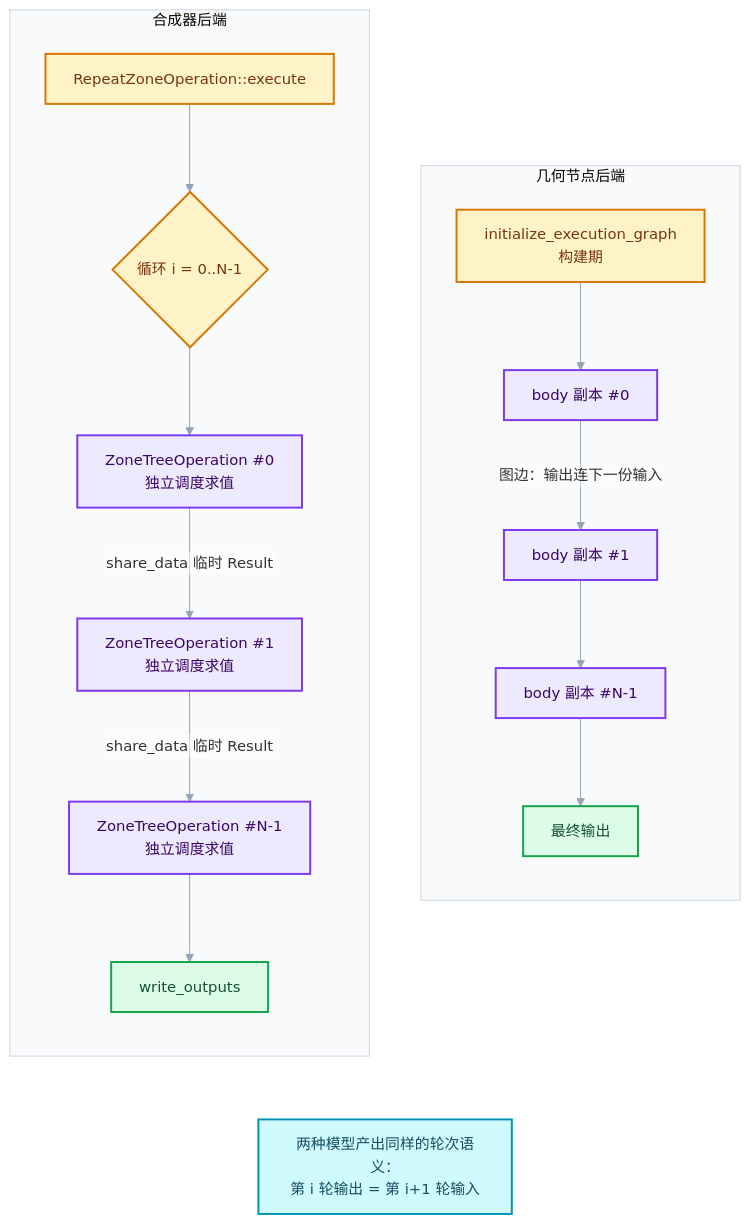
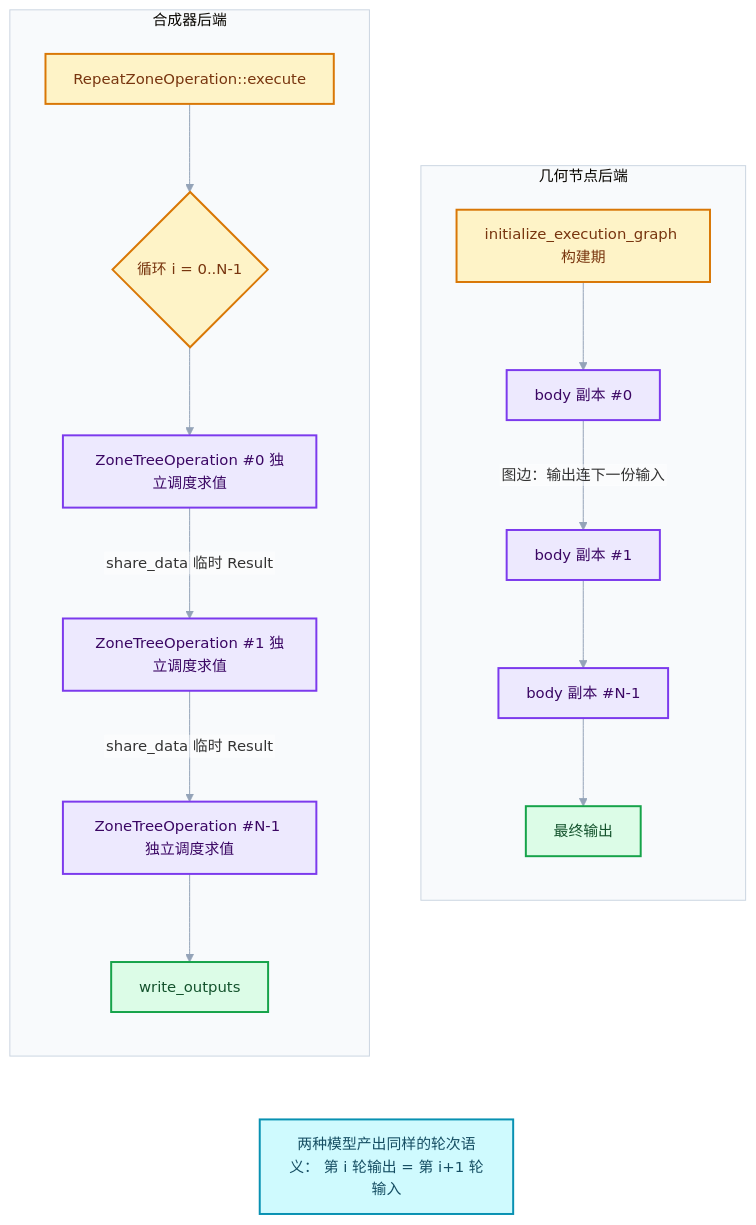
Before and after one commit to yunkezengren/blender-.vscode: the fifth of 5 diagrams in 杂/markdown/重复区域-dsh/05-跨后端实现/01-合成器RepeatZoneOperation.md, drawn with Mermaid. The commit also changed other lines of this file and 27 other files, not shown here.

````diff
--- a/杂/markdown/重复区域-dsh/05-跨后端实现/01-合成器RepeatZoneOperation.md
+++ b/杂/markdown/重复区域-dsh/05-跨后端实现/01-合成器RepeatZoneOperation.md
@@ -1231,37 +924,37 @@
 ```mermaid
 %%{init: {"theme":"base","themeVariables":{"fontFamily":"\"Segoe UI\",\"Microsoft YaHei\",sans-serif","fontSize":"15px","lineColor":"#94A3B8","edgeLabelBackground":"#FFFFFF","clusterBkg":"#F8FAFC","clusterBorder":"#CBD5E1"},"flowchart":{"htmlLabels":false,"curve":"basis","nodeSpacing":52,"rankSpacing":64,"padding":14,"diagramPadding":16,"useMaxWidth":true},"sequence":{"useMaxWidth":true,"wrap":true,"mirrorActors":false,"messageMargin":36}}}%%
 flowchart TB
   subgraph GN["几何节点后端"]
     direction TB
-    GBUILD["initialize_execution_graph<br/>构建期"]:::compute
+    GBUILD["initialize_execution_graph 构建期"]:::compute
     GN1["body 副本 #0"]:::abstraction
     GN2["body 副本 #1"]:::abstraction
     GNN["body 副本 #N-1"]:::abstraction
     GOUT["最终输出"]:::result
     GBUILD --> GN1 -->|"图边：输出连下一份输入"| GN2
     GN2 --> GNN --> GOUT
   end
   subgraph COMP["合成器后端"]
     direction TB
     RZOP["RepeatZoneOperation::execute"]:::compute
     CT1{"循环 i = 0..N-1"}:::compute
-    CT0["ZoneTreeOperation #0<br/>独立调度求值"]:::abstraction
-    CTN["ZoneTreeOperation #1<br/>独立调度求值"]:::abstraction
-    CTZ["ZoneTreeOperation #N-1<br/>独立调度求值"]:::abstraction
+    CT0["ZoneTreeOperation #0 独立调度求值"]:::abstraction
+    CTN["ZoneTreeOperation #1 独立调度求值"]:::abstraction
+    CTZ["ZoneTreeOperation #N-1 独立调度求值"]:::abstraction
     COUT["write_outputs"]:::result
     RZOP --> CT1
     CT1 --> CT0
     CT0 -->|"share_data 临时 Result"| CTN
     CTN -->|"share_data 临时 Result"| CTZ
     CTZ --> COUT
   end
-  NOTE["两种模型产出同样的轮次语义：<br/>第 i 轮输出 = 第 i+1 轮输入"]:::data
+  NOTE["两种模型产出同样的轮次语义： 第 i 轮输出 = 第 i+1 轮输入"]:::data
   GOUT ~~~ NOTE
   COUT ~~~ NOTE
   classDef input fill:#DBEAFE,stroke:#2563EB,color:#172554,stroke-width:2px;
   classDef data fill:#CFFAFE,stroke:#0891B2,color:#164E63,stroke-width:2px;
   classDef abstraction fill:#EDE9FE,stroke:#7C3AED,color:#3B0764,stroke-width:2px;
   classDef compute fill:#FEF3C7,stroke:#D97706,color:#78350F,stroke-width:2px;
   classDef result fill:#DCFCE7,stroke:#16A34A,color:#14532D,stroke-width:2px;
   classDef error fill:#FEE2E2,stroke:#DC2626,color:#7F1D1D,stroke-width:2px;
 ```
````
